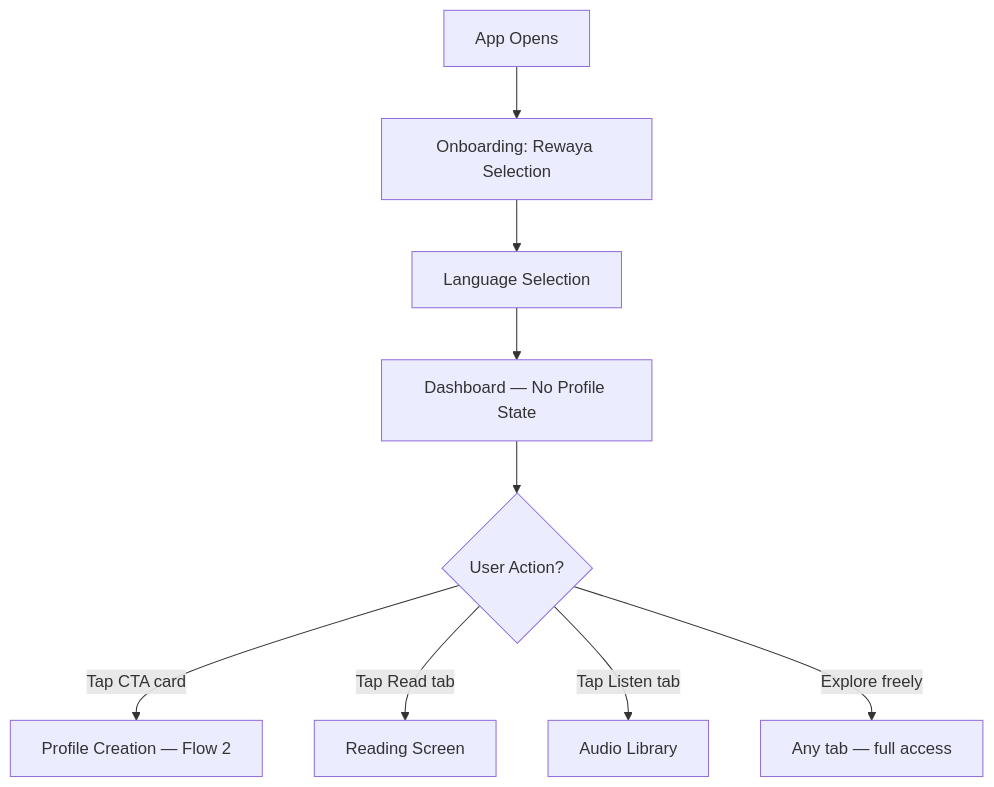
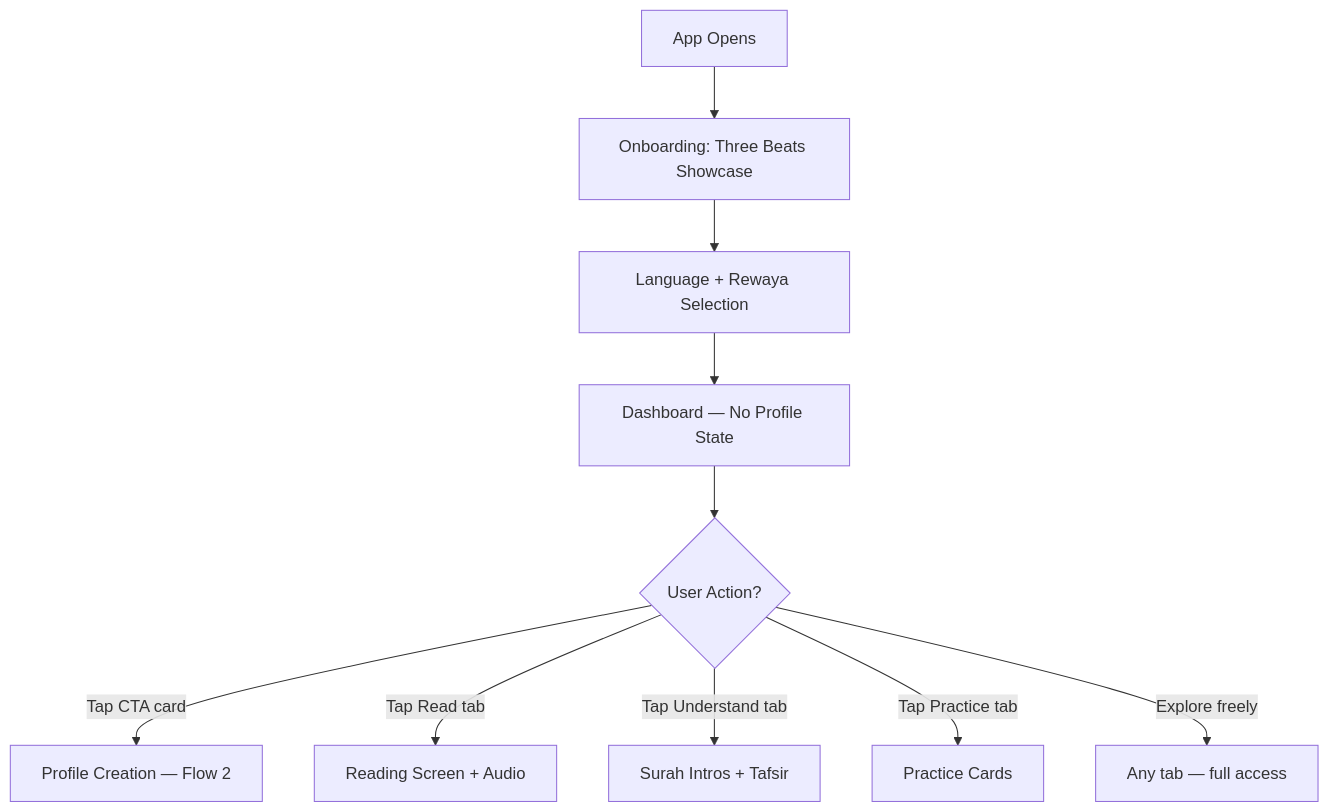
One commit to khalidouhdane/jawhar changed the first of 12 diagrams in docs/features/hifz/user-flows.md. Above: the diagram before and after it, drawn with Mermaid. The commit also changed other lines of this file and 12 other files, not shown here.

````diff
--- a/docs/features/hifz/user-flows.md
+++ b/docs/features/hifz/user-flows.md
@@ -45,11 +47,12 @@
 ```mermaid
 flowchart TD
-    A[App Opens] --> B[Onboarding: Rewaya Selection]
-    B --> C[Language Selection]
+    A[App Opens] --> B[Onboarding: Three Beats Showcase]
+    B --> C[Language + Rewaya Selection]
     C --> D[Dashboard — No Profile State]
     D --> E{User Action?}
     E -->|Tap CTA card| F[Profile Creation — Flow 2]
-    E -->|Tap Read tab| G[Reading Screen]
-    E -->|Tap Listen tab| H[Audio Library]
-    E -->|Explore freely| I[Any tab — full access]
+    E -->|Tap Read tab| G[Reading Screen + Audio]
+    E -->|Tap Understand tab| H[Surah Intros + Tafsir]
+    E -->|Tap Practice tab| I[Practice Cards]
+    E -->|Explore freely| J[Any tab — full access]
 ```
````
